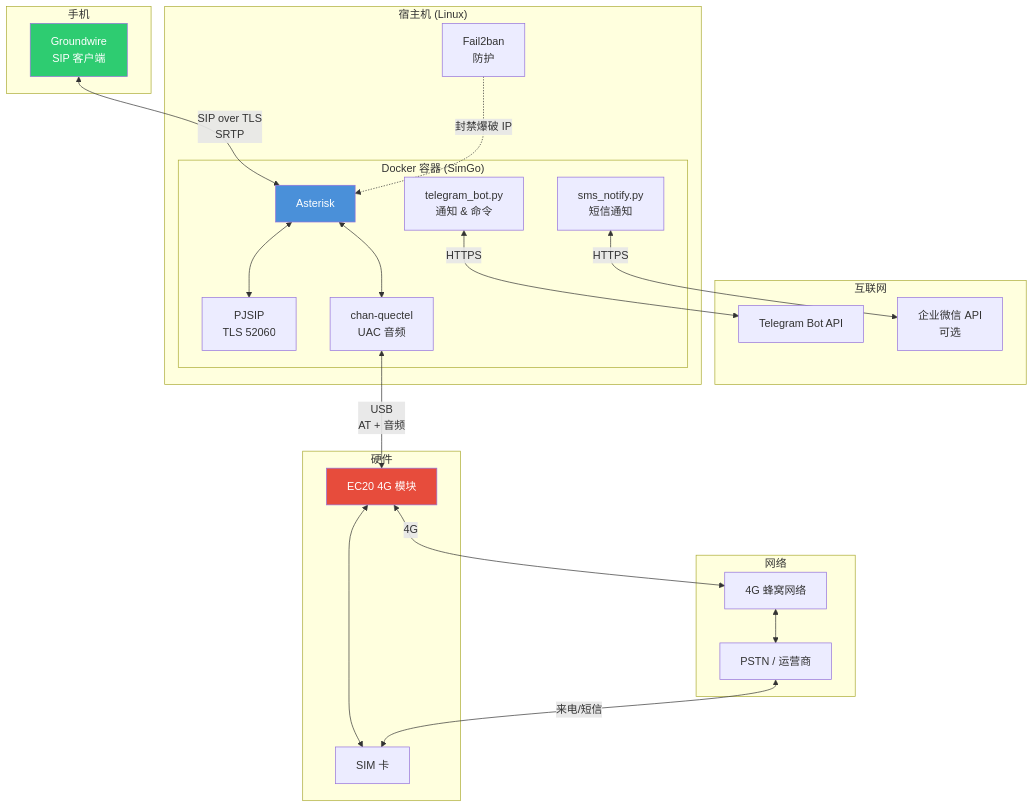
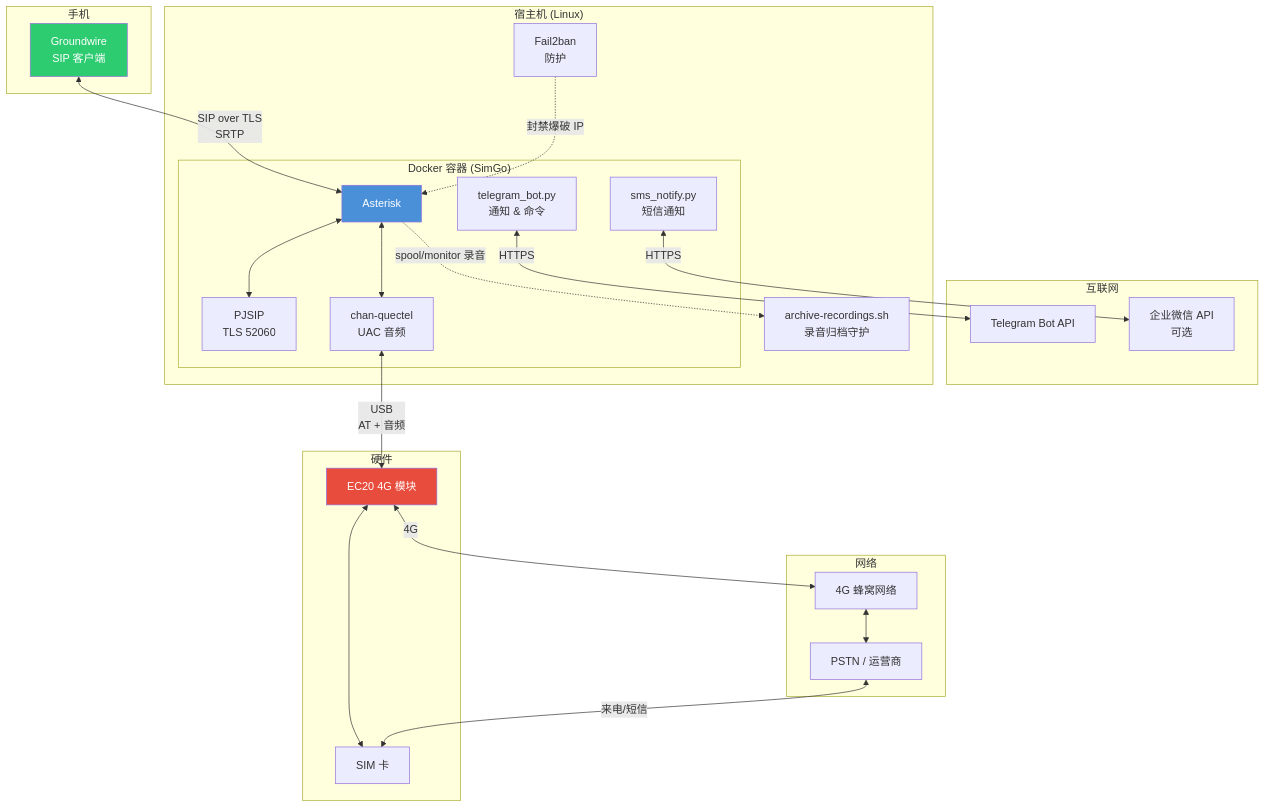
Before and after one commit to myleo1/SimGo: the diagram in README.md, drawn with Mermaid. The commit also changed other lines of this file and 14 other files, not shown here.

````diff
--- a/README.md
+++ b/README.md
@@ -45,48 +45,50 @@
 ```mermaid
 graph TB
     subgraph "手机"
         GW[Groundwire<br/>SIP 客户端]
     end
 
     subgraph "互联网"
         TG[Telegram Bot API]
         WX[企业微信 API<br/>可选]
     end
 
     subgraph "宿主机 (Linux)"
         subgraph "Docker 容器 (SimGo)"
             AS[Asterisk]
             PS[PJSIP<br/>TLS 52060]
             QC[chan-quectel<br/>UAC 音频]
             BOT[telegram_bot.py<br/>通知 & 命令]
             SMS[sms_notify.py<br/>短信通知]
         end
         F2B[Fail2ban<br/>防护]
+        ARC[archive-recordings.sh<br/>录音归档守护]
     end
 
     subgraph "硬件"
         EC20[EC20 4G 模块]
         SIM[SIM 卡]
     end
 
     subgraph "网络"
         4G[4G 蜂窝网络]
         PSTN[PSTN / 运营商]
     end
 
     GW <-->|"SIP over TLS<br/>SRTP"| AS
     AS <--> PS
     AS <--> QC
     BOT <-->|"HTTPS"| TG
     SMS <-->|"HTTPS"| WX
     QC <-->|"USB<br/>AT + 音频"| EC20
     EC20 <--> SIM
     EC20 <-->|"4G"| 4G
     4G <--> PSTN
     PSTN <-->|"来电/短信"| SIM
     F2B -.->|"封禁爆破 IP"| AS
+    AS -.->|"spool/monitor 录音"| ARC
 
     style AS fill:#4a90d9,color:#fff
     style EC20 fill:#e74c3c,color:#fff
     style GW fill:#2ecc71,color:#fff
 ```
````
